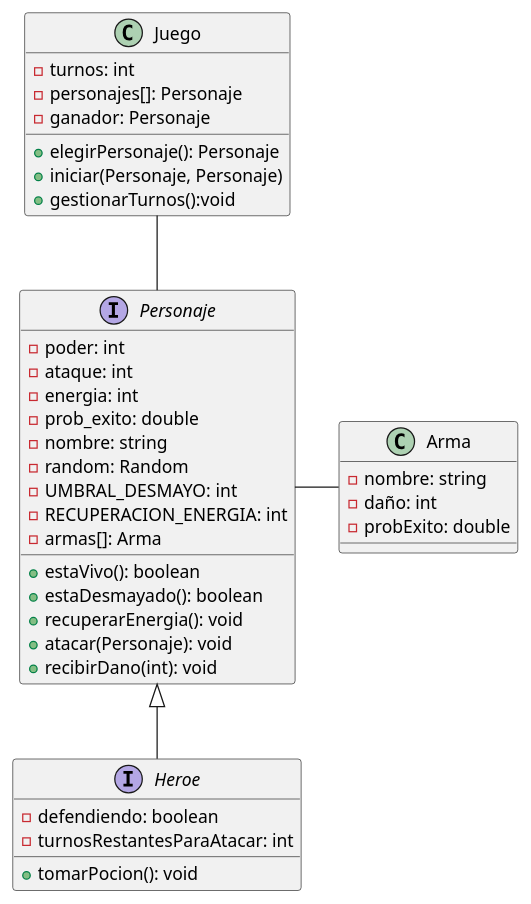
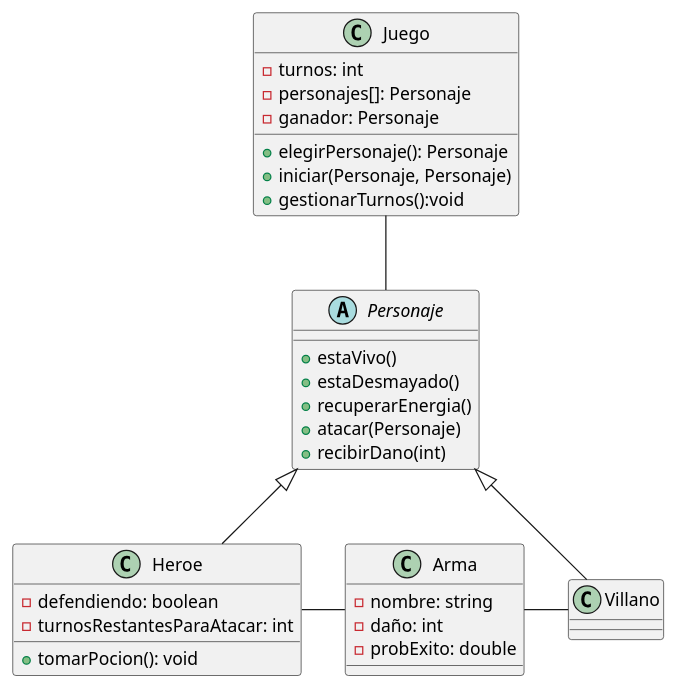
One commit to mmasias/23-24-IdSw2-SDD changed the diagram in modelosUML/diagramaDeClases.puml. Above: the diagram before and after it, drawn with PlantUML.

Commit message:
fix diagramadeClases

```diff
--- a/modelosUML/diagramaDeClases.puml
+++ b/modelosUML/diagramaDeClases.puml
@@ -1,45 +1,42 @@
 @startuml
 
 class Juego{
   - turnos: int
   - personajes[]: Personaje
   - ganador: Personaje
   + elegirPersonaje(): Personaje
   + iniciar(Personaje, Personaje)
   + gestionarTurnos():void
 }
 
-interface Personaje{
-  - poder: int
-  - ataque: int
-  - energia: int
-  - prob_exito: double
-  - nombre: string
-  - random: Random
-  - UMBRAL_DESMAYO: int
-  - RECUPERACION_ENERGIA: int
-  - armas[]: Arma
-  + estaVivo(): boolean
-  + estaDesmayado(): boolean
-  + recuperarEnergia(): void
-  + atacar(Personaje): void
-  + recibirDano(int): void
+abstract Personaje{
+  + estaVivo()
+  + estaDesmayado()
+  + recuperarEnergia()
+  + atacar(Personaje)
+  + recibirDano(int)
 }
 
-interface Heroe {
+class Heroe {
   - defendiendo: boolean
   - turnosRestantesParaAtacar: int
   + tomarPocion(): void
+}
+
+class Villano{
+
 }
 
 class Arma {
   - nombre: string
   - daño: int
   - probExito: double
 }
 
 Juego -- Personaje
-Personaje -r- Arma
+Heroe -r- Arma
+Villano -l- Arma
 Personaje <|-- Heroe
+Personaje <|-- Villano
 
 @enduml
```
